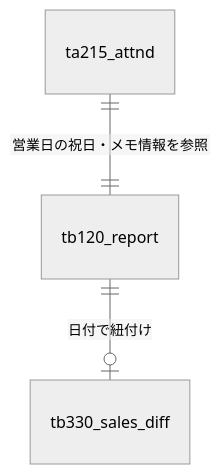
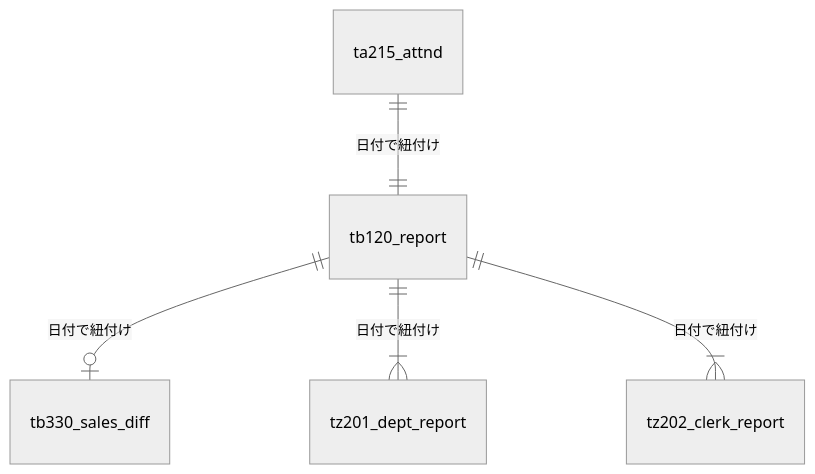
Before and after one commit to air-terminal/gfdash: the diagram in docs/db_schema_tb.md, drawn with Mermaid (neutral theme). The commit also changed 1 other file, not shown here.

Commit message:
ER図を修正
2026/4/18
ER図のコメント誤り、記載漏れを修正

````diff
--- a/docs/db_schema_tb.md
+++ b/docs/db_schema_tb.md
@@ -18,5 +18,7 @@
 ```mermaid
 erDiagram
-    ta215_attnd ||--|| tb120_report : "営業日の祝日・メモ情報を参照"
+    ta215_attnd ||--|| tb120_report : "日付で紐付け"
     tb120_report ||--o| tb330_sales_diff : "日付で紐付け"
+    tb120_report ||--|{ tz201_dept_report : "日付で紐付け"
+    tb120_report ||--|{ tz202_clerk_report : "日付で紐付け"
 ```
````
